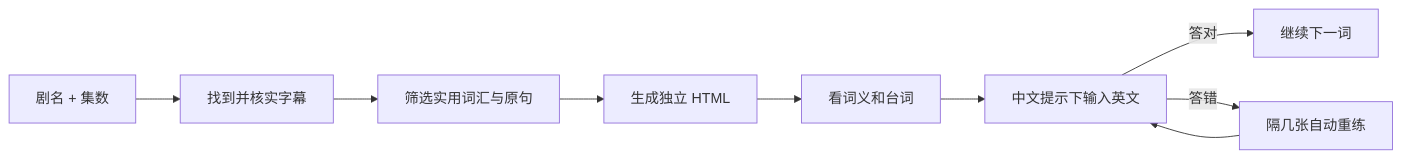
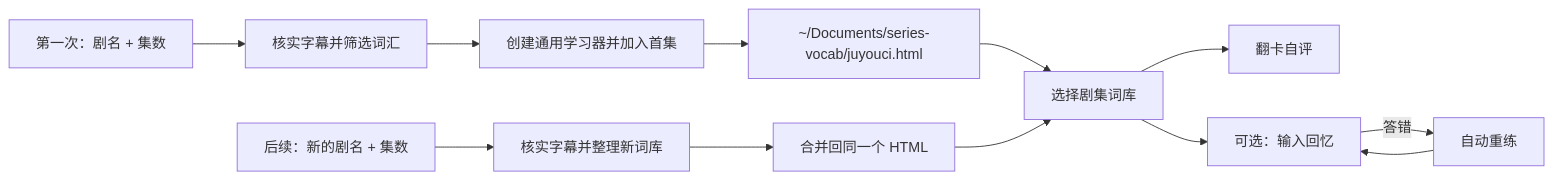
Before and after one commit to Chase-qisiai/juyouci: the diagram in README.md, drawn with Mermaid. The commit also changed other lines of this file and 8 other files, not shown here.

````diff
--- a/README.md
+++ b/README.md
@@ -23,11 +23,14 @@
 ```mermaid
 flowchart LR
-    A[剧名 + 集数] --> B[找到并核实字幕]
-    B --> C[筛选实用词汇与原句]
-    C --> D[生成独立 HTML]
-    D --> E[看词义和台词]
-    E --> F[中文提示下输入英文]
-    F -->|答对| G[继续下一词]
-    F -->|答错| H[隔几张自动重练]
-    H --> F
+    A[第一次：剧名 + 集数] --> B[核实字幕并筛选词汇]
+    B --> C[创建通用学习器并加入首集]
+    C --> D[~/Documents/series-vocab/juyouci.html]
+    E[后续：新的剧名 + 集数] --> F[核实字幕并整理新词库]
+    F --> G[合并回同一个 HTML]
+    D --> H[选择剧集词库]
+    G --> H
+    H --> I[翻卡自评]
+    H --> J[可选：输入回忆]
+    J -->|答错| K[自动重练]
+    K --> J
 ```
````
